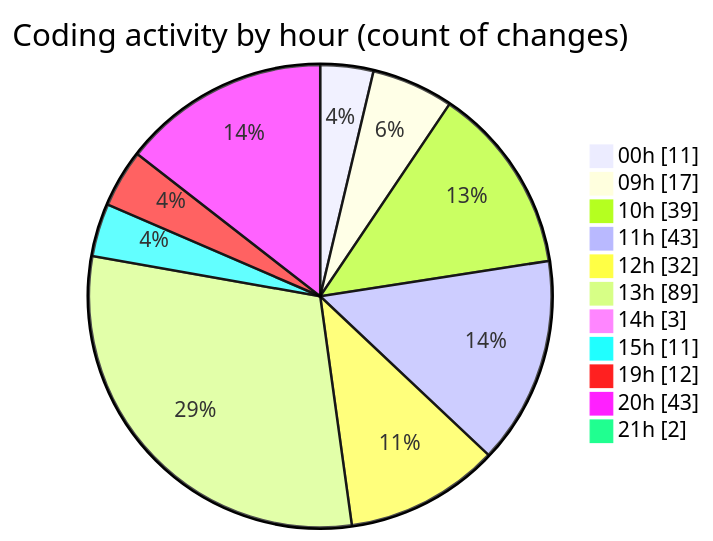
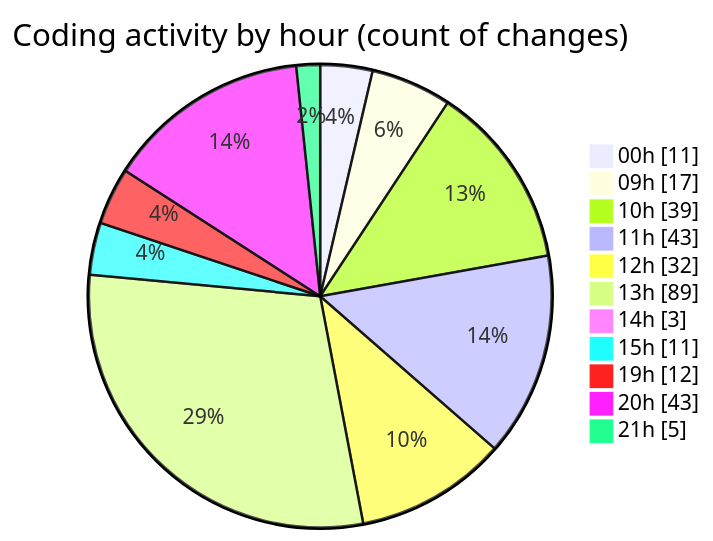
Before and after one commit to momahboobian/code-tracking: the second of 2 diagrams in 2026-09-02/cda/README.md, drawn with Mermaid. The commit also changed other lines of this file and 1 other file, not shown here.

````diff
--- a/2026-09-02/cda/README.md
+++ b/2026-09-02/cda/README.md
@@ -92,15 +92,15 @@
 ```mermaid
 pie showData
 title Coding activity by hour (count of changes)
 "00h" : 11
 "09h" : 17
 "10h" : 39
 "11h" : 43
 "12h" : 32
 "13h" : 89
 "14h" : 3
 "15h" : 11
 "19h" : 12
 "20h" : 43
-"21h" : 2
+"21h" : 5
 ```
````
